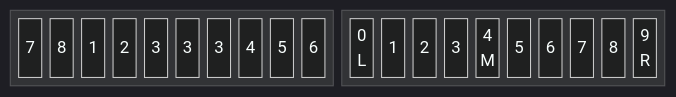
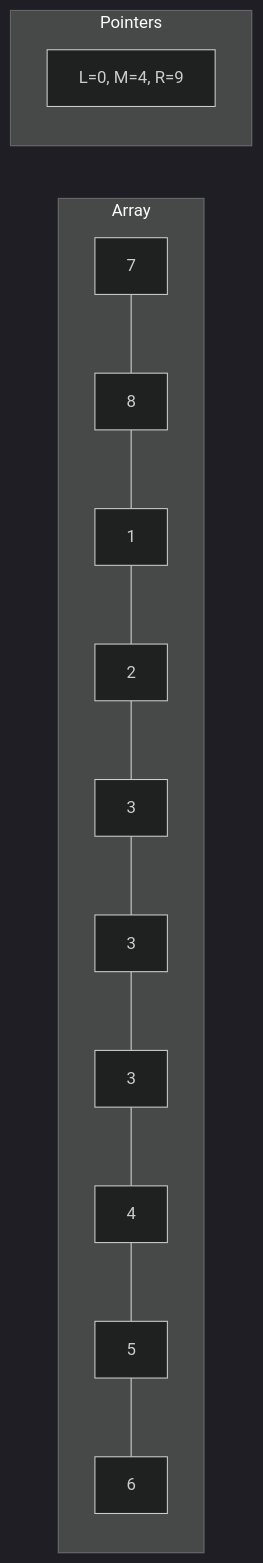
One commit to pentoshi007/tuf changed the third of 19 diagrams in dsa/Advanced/04-Binary search/02-logic-building/02-logic-building.md. Above: the diagram before and after it, drawn with Mermaid (dark theme). The commit also changed other lines of this file and 1 other file, not shown here.

First line of the commit message:
Fix Mermaid diagram syntax for GitHub compatibility

````diff
--- a/dsa/Advanced/04-Binary search/02-logic-building/02-logic-building.md
+++ b/dsa/Advanced/04-Binary search/02-logic-building/02-logic-building.md
@@ -152,10 +152,10 @@
 ```mermaid
-block-beta
-    columns 10
-    block:arr1
-        a0["7"] a1["8"] a2["1"] a3["2"] a4["3"] a5["3"] a6["3"] a7["4"] a8["5"] a9["6"]
+flowchart LR
+    subgraph Array
+        A0["7"] --- A1["8"] --- A2["1"] --- A3["2"] --- A4["3"] --- A5["3"] --- A6["3"] --- A7["4"] --- A8["5"] --- A9["6"]
     end
-    block:idx1
-        i0["0\nL"] i1["1"] i2["2"] i3["3"] i4["4\nM"] i5["5"] i6["6"] i7["7"] i8["8"] i9["9\nR"]
+    
+    subgraph Pointers
+        P["L=0, M=4, R=9"]
     end
 ```
````
